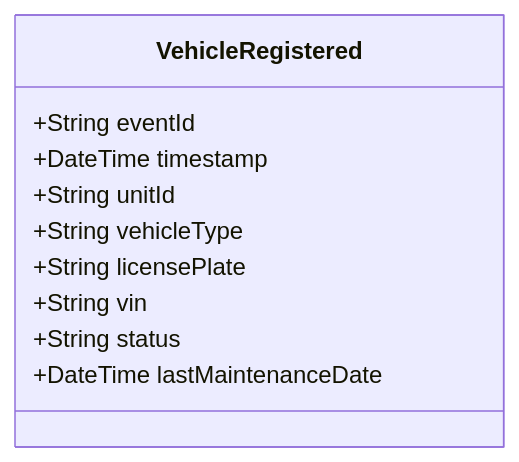
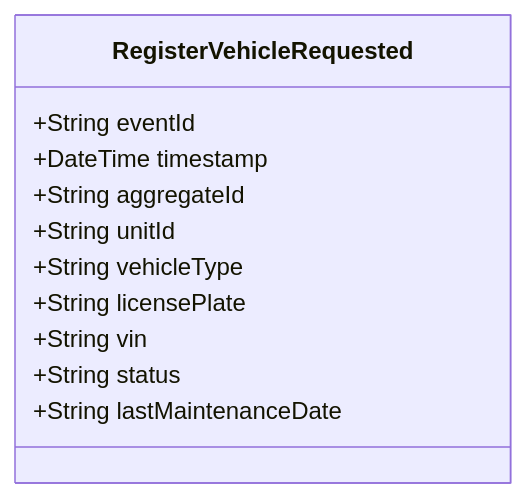
One commit to pgraff/police-system changed the diagram in doc/events/VehicleRegistered.md. Above: the diagram before and after it, drawn with Mermaid. The commit also changed other lines of this file and 58 other files, not shown here.

````diff
--- a/doc/events/VehicleRegistered.md
+++ b/doc/events/VehicleRegistered.md
@@ -9,13 +9,14 @@
 ```mermaid
 classDiagram
-    class VehicleRegistered {
+    class RegisterVehicleRequested {
         +String eventId
         +DateTime timestamp
+        +String aggregateId
         +String unitId
         +String vehicleType
         +String licensePlate
         +String vin
         +String status
-        +DateTime lastMaintenanceDate
+        +String lastMaintenanceDate
     }
 ```
````
